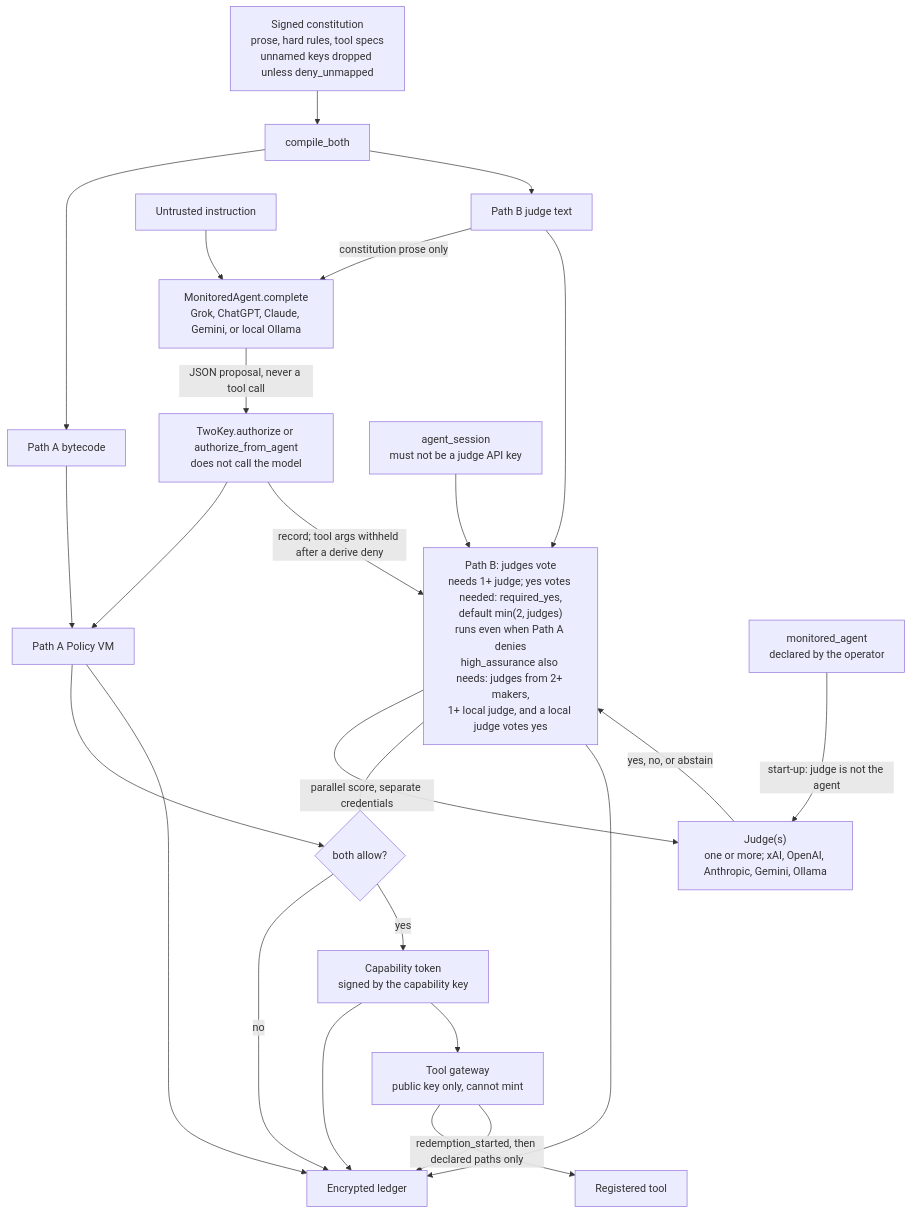
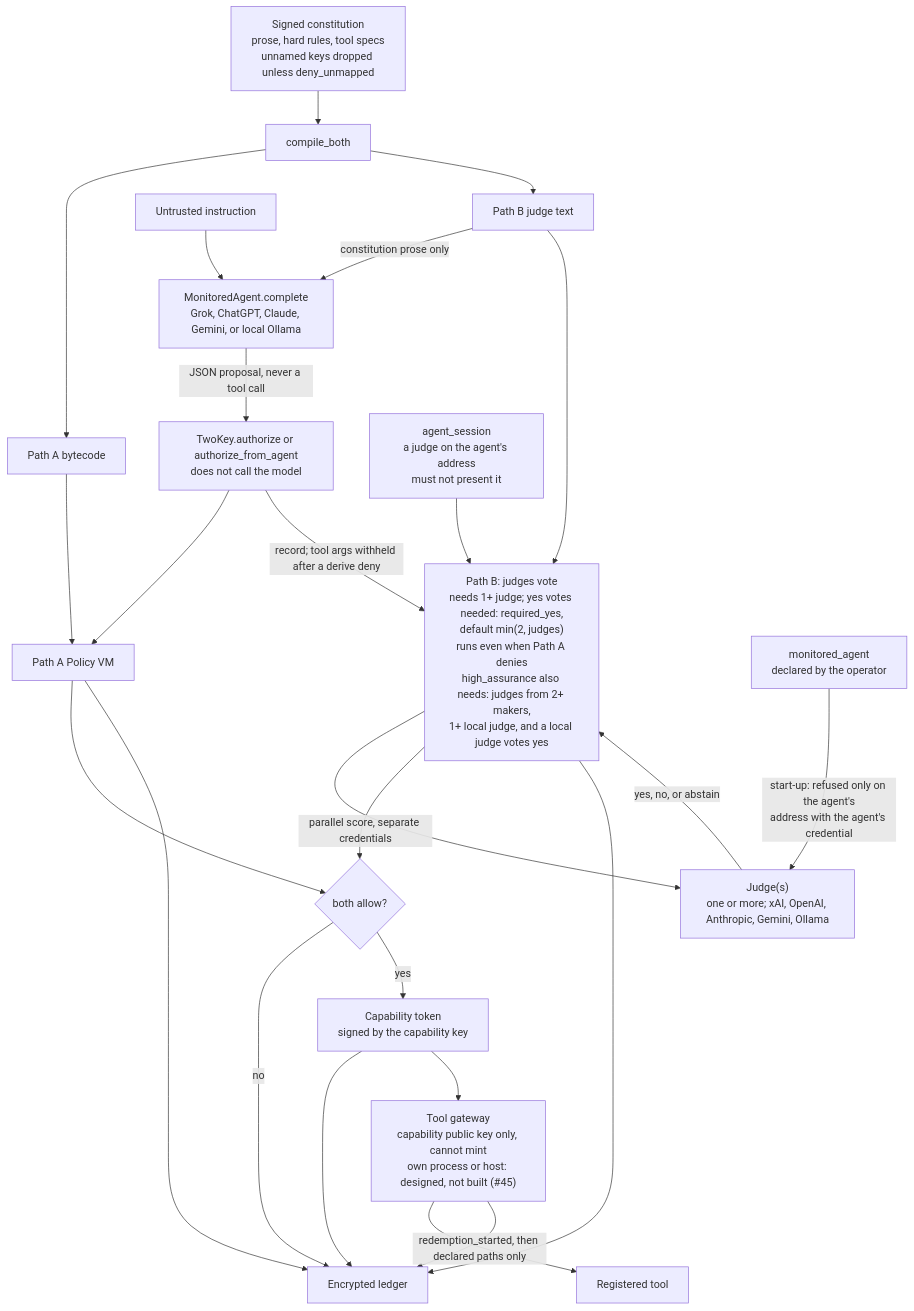
Before and after one commit to Insomniac-VibeLabs/two-key-concept: the first of 3 diagrams in README.md, drawn with Mermaid. The commit also changed other lines of this file and 24 other files, not shown here.

First line of the commit message:
Judge is the agent only on the same address and credential

````diff
--- a/README.md
+++ b/README.md
@@ -91,27 +93,27 @@
 ```mermaid
 flowchart TD
   constitution["Signed constitution<br/>prose, hard rules, tool specs<br/>unnamed keys dropped unless deny_unmapped"] --> compile["compile_both"]
   compile --> bytecode["Path A bytecode"]
   compile --> judgeText["Path B judge text"]
   instruction["Untrusted instruction"] --> agent["MonitoredAgent.complete<br/>Grok, ChatGPT, Claude, Gemini, or local Ollama"]
   judgeText -->|"constitution prose only"| agent
   agent -->|"JSON proposal, never a tool call"| authorize["TwoKey.authorize or authorize_from_agent<br/>does not call the model"]
   bytecode --> pathA["Path A Policy VM"]
   authorize --> pathA
   authorize -->|"record; tool args withheld after a derive deny"| pathB["Path B: judges vote<br/>needs 1+ judge; yes votes needed: required_yes,<br/>default min(2, judges)<br/>runs even when Path A denies<br/>high_assurance also needs: judges from 2+ makers,<br/>1+ local judge, and a local judge votes yes"]
   judgeText --> pathB
-  declared["monitored_agent<br/>declared by the operator"] -->|"start-up: judge is not the agent"| judges
-  session["agent_session<br/>must not be a judge API key"] --> pathB
+  declared["monitored_agent<br/>declared by the operator"] -->|"start-up: refused only on the agent's<br/>address with the agent's credential"| judges
+  session["agent_session<br/>a judge on the agent's address<br/>must not present it"] --> pathB
   pathB -->|"parallel score, separate credentials"| judges["Judge(s)<br/>one or more; xAI, OpenAI, Anthropic, Gemini, Ollama"]
   judges -->|"yes, no, or abstain"| pathB
   pathA --> gate{"both allow?"}
   pathB --> gate
   pathA --> ledger["Encrypted ledger"]
   pathB --> ledger
   gate -->|no| ledger
   gate -->|yes| token["Capability token<br/>signed by the capability key"]
   token --> ledger
-  token --> gateway["Tool gateway<br/>public key only, cannot mint"]
+  token --> gateway["Tool gateway<br/>capability public key only, cannot mint<br/>own process or host: designed, not built (#45)"]
   gateway -->|"redemption_started, then declared paths only"| tool["Registered tool"]
   gateway --> ledger
 ```
````
